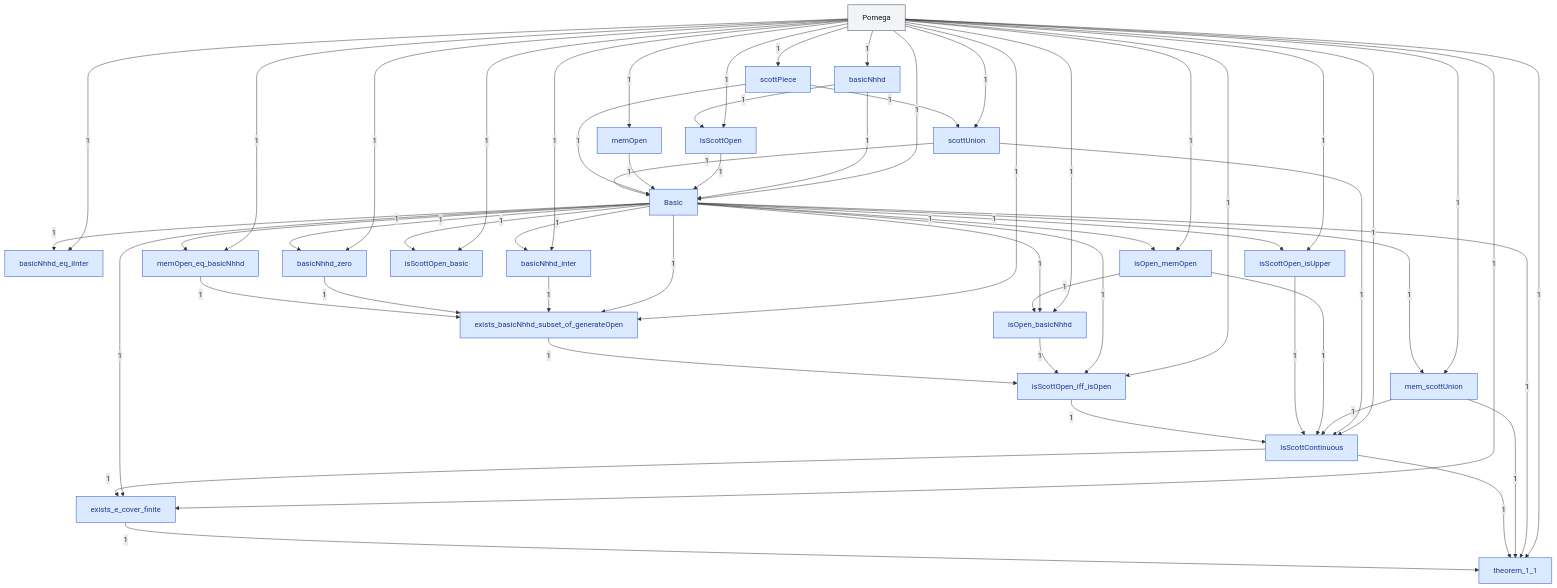
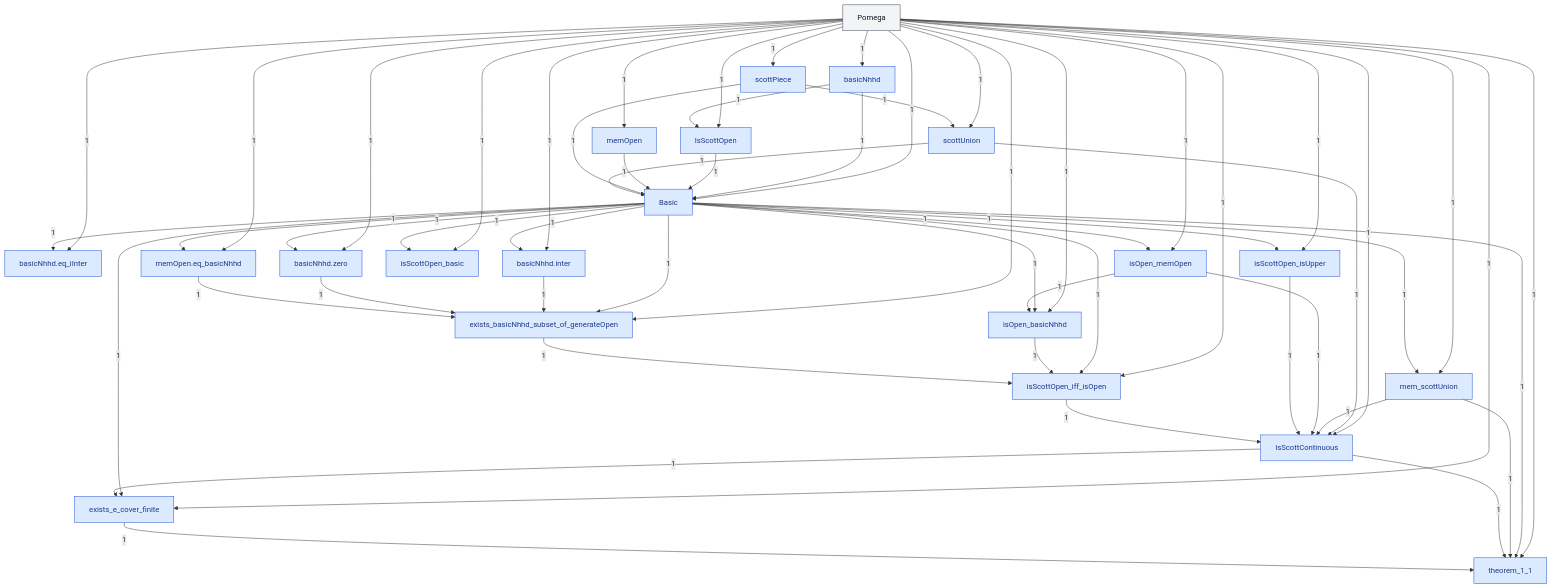
The diagram in DomainTheory/DataTypesAsLattices/Continuous/Continuous.mermaid (catskillsresearch/DomainTheory), drawn with Mermaid before and after one commit. The commit also changed 1415 other files, not shown here.

```diff
--- a/DomainTheory/DataTypesAsLattices/Continuous/Continuous.mermaid
+++ b/DomainTheory/DataTypesAsLattices/Continuous/Continuous.mermaid
@@ -1,106 +1,106 @@
 %% Inside Continuous. A box is one Lean file in this folder, or one subfolder.
 %% A box named as another folder is that whole folder. A box named as another chapter is that whole chapter.
 %% The arrowhead points at the file or folder that imports. The label is how many direct imports.
 flowchart TB
   N0["Pomega"]
   N1["basicNhhd"]
   N2["IsScottOpen"]
   N3["memOpen"]
   N4["scottPiece"]
   N5["scottUnion"]
   N6["IsScottContinuous"]
   N7["Basic"]
-  N8["basicNhhd_eq_iInter"]
-  N9["basicNhhd_inter"]
-  N10["basicNhhd_zero"]
+  N8["basicNhhd.eq_iInter"]
+  N9["basicNhhd.inter"]
+  N10["basicNhhd.zero"]
   N11["isOpen_memOpen"]
   N12["isOpen_basicNhhd"]
   N14["isScottOpen_basic"]
   N15["isScottOpen_isUpper"]
-  N16["memOpen_eq_basicNhhd"]
+  N16["memOpen.eq_basicNhhd"]
   N17["exists_basicNhhd_subset_of_generateOpen"]
   N18["isScottOpen_iff_isOpen"]
   N19["mem_scottUnion"]
   N21["exists_e_cover_finite"]
   N23["theorem_1_1"]
 
   N0 -->|"1"| N1
   N0 -->|"1"| N2
   N1 -->|"1"| N2
   N0 -->|"1"| N3
   N0 -->|"1"| N4
   N0 -->|"1"| N5
   N4 -->|"1"| N5
   N0 -->|"1"| N6
   N5 -->|"1"| N6
   N0 -->|"1"| N7
   N1 -->|"1"| N7
   N2 -->|"1"| N7
   N3 -->|"1"| N7
   N4 -->|"1"| N7
   N5 -->|"1"| N7
   N0 -->|"1"| N8
   N7 -->|"1"| N8
   N0 -->|"1"| N9
   N7 -->|"1"| N9
   N0 -->|"1"| N10
   N7 -->|"1"| N10
   N0 -->|"1"| N11
   N7 -->|"1"| N11
   N0 -->|"1"| N12
   N7 -->|"1"| N12
   N11 -->|"1"| N12
   N0 -->|"1"| N14
   N7 -->|"1"| N14
   N0 -->|"1"| N15
   N7 -->|"1"| N15
   N0 -->|"1"| N16
   N7 -->|"1"| N16
   N0 -->|"1"| N17
   N7 -->|"1"| N17
   N9 -->|"1"| N17
   N10 -->|"1"| N17
   N16 -->|"1"| N17
   N0 -->|"1"| N18
   N7 -->|"1"| N18
   N12 -->|"1"| N18
   N17 -->|"1"| N18
   N0 -->|"1"| N19
   N7 -->|"1"| N19
   N19 -->|"1"| N6
   N0 -->|"1"| N21
   N7 -->|"1"| N21
   N6 -->|"1"| N21
   N11 -->|"1"| N6
   N15 -->|"1"| N6
   N18 -->|"1"| N6
   N0 -->|"1"| N23
   N7 -->|"1"| N23
   N19 -->|"1"| N23
   N6 -->|"1"| N23
   N21 -->|"1"| N23
 
   classDef file fill:#dbeafe,stroke:#1d4ed8,color:#1e3a8a
   classDef ext fill:#f3f4f6,stroke:#374151,color:#111827
 
   class N0 ext
   class N1 file
   class N2 file
   class N3 file
   class N4 file
   class N5 file
   class N6 file
   class N7 file
   class N8 file
   class N9 file
   class N10 file
   class N11 file
   class N12 file
   class N14 file
   class N15 file
   class N16 file
   class N17 file
   class N18 file
   class N19 file
   class N21 file
   class N23 file
```
